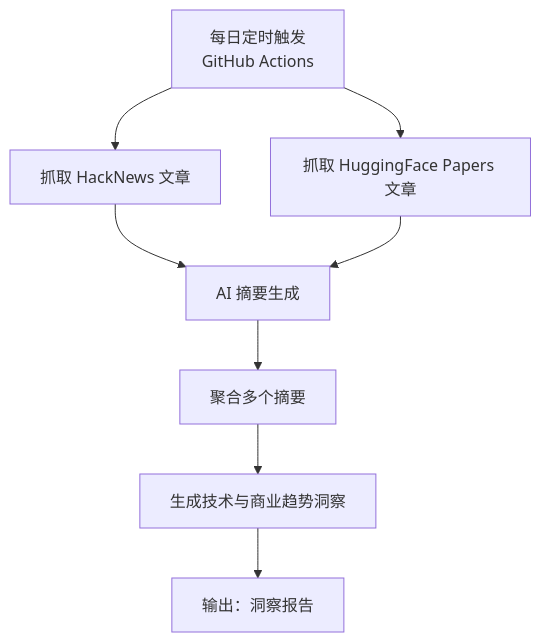
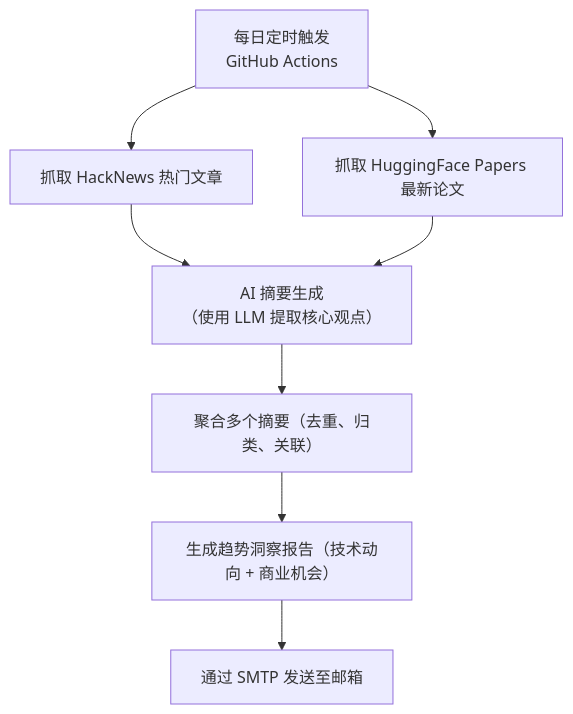
The diagram in README.md (cv70/ActionSchedule), drawn with Mermaid before and after one commit. The commit also changed other lines of this file and 2 other files, not shown here.

Commit message:
update hugging face fetch

````diff
--- a/README.md
+++ b/README.md
@@ -5,10 +7,10 @@
 ```mermaid
 graph TD
-    A[每日定时触发<br>GitHub Actions] --> B[抓取 HackNews 文章]
-    A --> C[抓取 HuggingFace Papers 文章]
-    B --> D[AI 摘要生成]
+    A[每日定时触发<br>GitHub Actions] --> B[抓取 HackNews 热门文章]
+    A --> C[抓取 HuggingFace Papers 最新论文]
+    B --> D[AI 摘要生成<br>（使用 LLM 提取核心观点）]
     C --> D
-    D --> E[聚合多个摘要]
-    E --> F[生成技术与商业趋势洞察]
-    F --> G[输出：洞察报告]
+    D --> E[聚合多个摘要（去重、归类、关联）]
+    E --> F[生成趋势洞察报告（技术动向 + 商业机会）]
+    F --> G[通过 SMTP 发送至邮箱]
 ```
````
